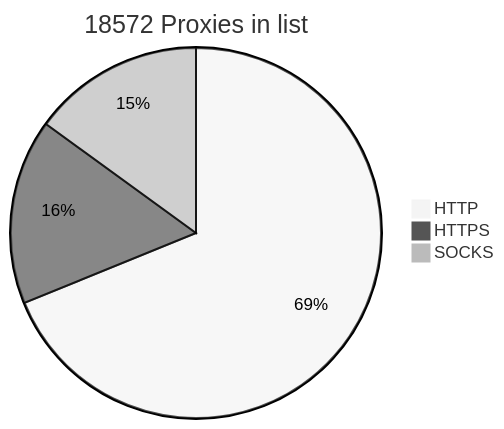
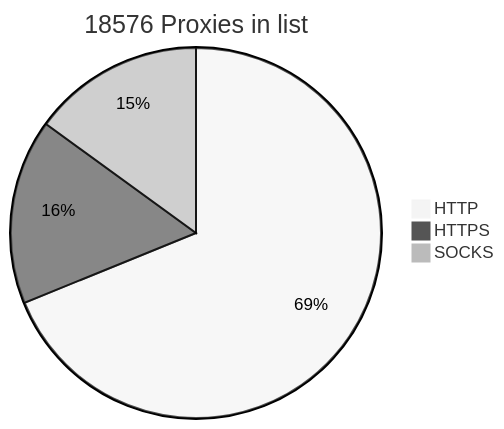
Before and after one commit to BlackSnowDot/proxylist-update-every-minute: the diagram in README.md, drawn with Mermaid (neutral theme).

````diff
--- a/README.md
+++ b/README.md
@@ -2,6 +2,6 @@
 ```mermaid
-pie title 18572 Proxies in list
-    "HTTP" : 13897
+pie title 18576 Proxies in list
+    "HTTP" : 13901
     "HTTPS": 3261
     "SOCKS" : 3028
 ```
````
